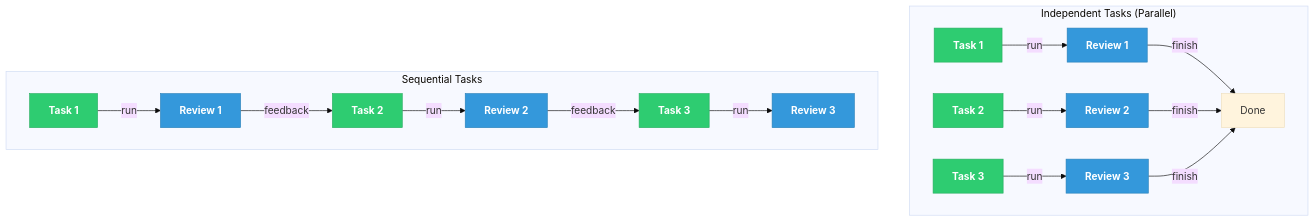
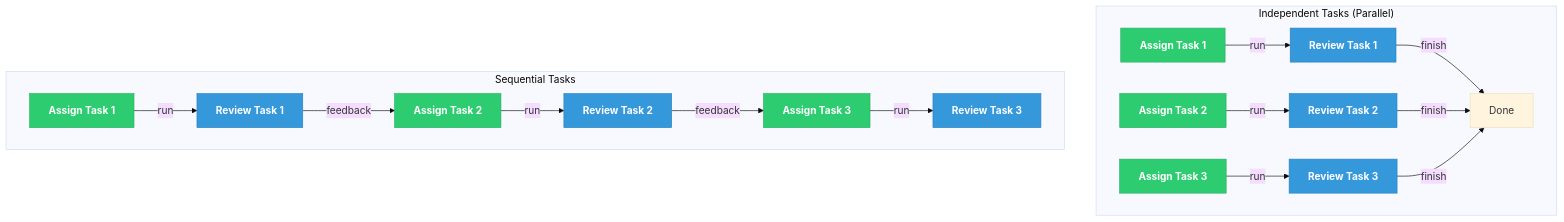
One commit to gpsaggese/gpsaggese.github.io changed the first of 3 diagrams in website/docs/blog/posts/draft.how_to.Stacked_PRs_for_agentic_developent.md. Above: the diagram before and after it, drawn with Mermaid (base theme). The commit also changed other lines of this file and 5 other files, not shown here.

````diff
--- a/website/docs/blog/posts/draft.how_to.Stacked_PRs_for_agentic_developent.md
+++ b/website/docs/blog/posts/draft.how_to.Stacked_PRs_for_agentic_developent.md
@@ -45,22 +43,22 @@
 ```mermaid
 graph TB
   classDef execute fill:#2ecc71,stroke:#27ae60,color:#fff,font-weight:bold
   classDef review fill:#3498db,stroke:#2980b9,color:#fff,font-weight:bold
   
   subgraph independent["Independent Tasks (Parallel)"]
-    A1["Task 1"]:::execute -->|run| A1r["Review 1"]:::review
-    A2["Task 2"]:::execute -->|run| A2r["Review 2"]:::review
-    A3["Task 3"]:::execute -->|run| A3r["Review 3"]:::review
+    A1["Assign Task 1"]:::execute -->|run| A1r["Review Task 1"]:::review
+    A2["Assign Task 2"]:::execute -->|run| A2r["Review Task 2"]:::review
+    A3["Assign Task 3"]:::execute -->|run| A3r["Review Task 3"]:::review
     A1r -->|finish| end1["Done"]
     A2r -->|finish| end1
     A3r -->|finish| end1
   end
 
   subgraph sequential["Sequential Tasks"]
-    B1["Task 1"]:::execute -->|run| B1r["Review 1"]:::review
-    B1r -->|feedback| B2["Task 2"]:::execute
-    B2 -->|run| B2r["Review 2"]:::review
-    B2r -->|feedback| B3["Task 3"]:::execute
-    B3 -->|run| B3r["Review 3"]:::review
+    B1["Assign Task 1"]:::execute -->|run| B1r["Review Task 1"]:::review
+    B1r -->|feedback| B2["Assign Task 2"]:::execute
+    B2 -->|run| B2r["Review Task 2"]:::review
+    B2r -->|feedback| B3["Assign Task 3"]:::execute
+    B3 -->|run| B3r["Review Task 3"]:::review
   end
 ```
````
